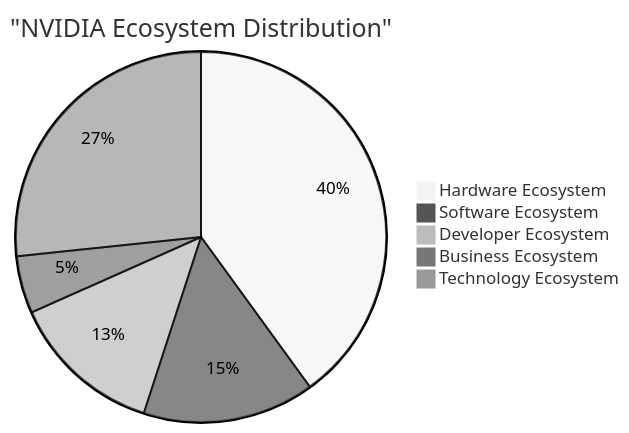
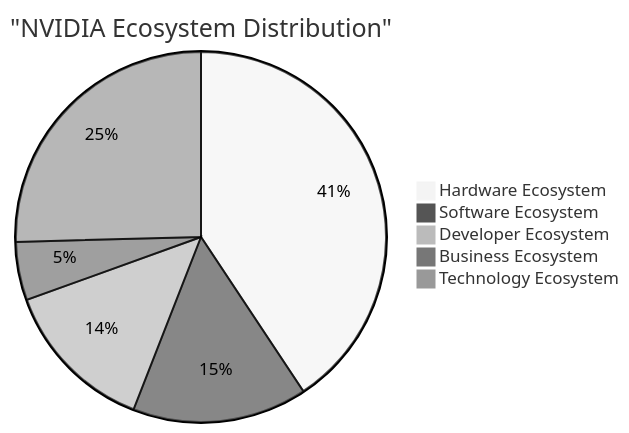
The third of 5 diagrams in output/nvidia_ecosystem_diagrams.md (chenxingqiang/Nvidia-Software-Ecosystem), drawn with Mermaid (neutral theme) before and after one commit. The commit also changed other lines of this file and 5 other files, not shown here.

````diff
--- a/output/nvidia_ecosystem_diagrams.md
+++ b/output/nvidia_ecosystem_diagrams.md
@@ -64,8 +64,8 @@
 ```mermaid
 pie title "NVIDIA Ecosystem Distribution"
     "Hardware Ecosystem" : 24
     "Software Ecosystem" : 9
     "Developer Ecosystem" : 8
     "Business Ecosystem" : 3
-    "Technology Ecosystem" : 16
+    "Technology Ecosystem" : 15
 ```
````
